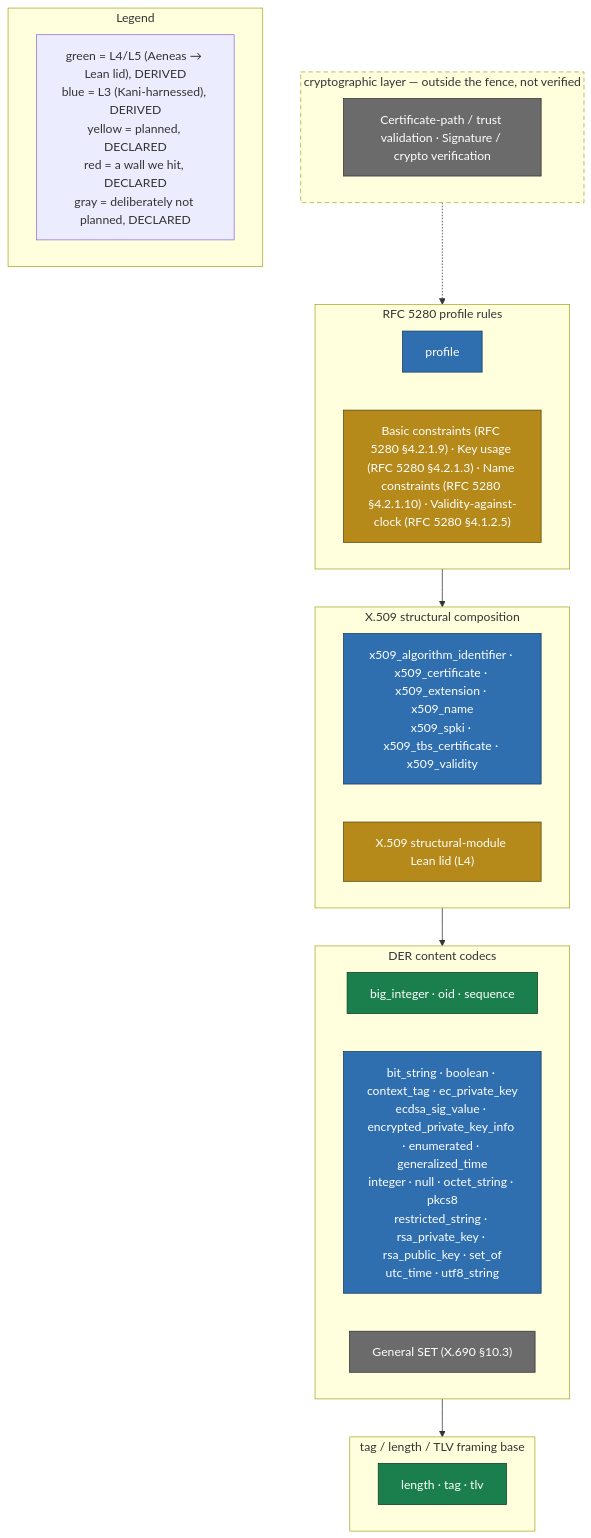
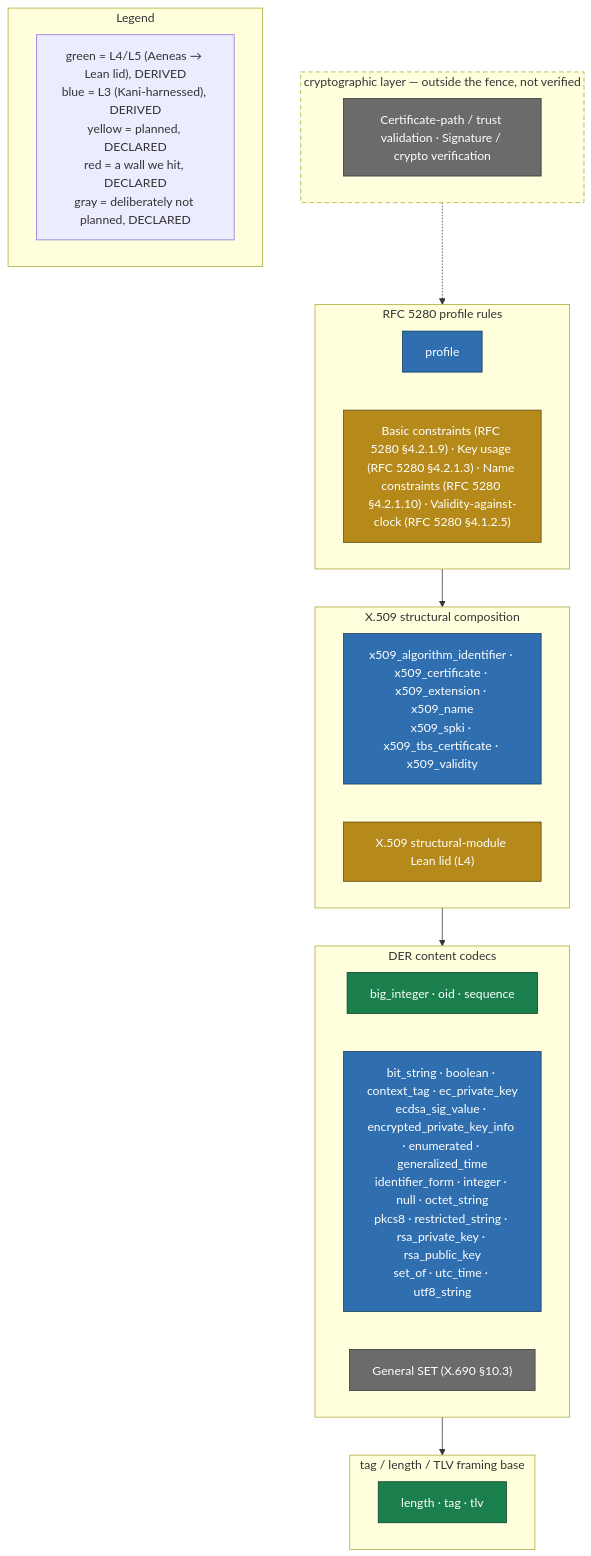
The diagram in README.md (ivmat/rs-verified-der), drawn with Mermaid before and after one commit. The commit also changed other lines of this file and 19 other files, not shown here.

````diff
--- a/README.md
+++ b/README.md
@@ -127,40 +127,40 @@
 ```mermaid
 flowchart TB
     classDef green fill:#1b7f4d,stroke:#0a3d22,color:#ffffff
     classDef blue fill:#2f6fb0,stroke:#173a5e,color:#ffffff
     classDef yellow fill:#b58a1a,stroke:#5c4610,color:#ffffff
     classDef red fill:#b3382a,stroke:#5c1a10,color:#ffffff
     classDef gray fill:#6b6b6b,stroke:#333333,color:#ffffff
 
     subgraph crypto_layer["cryptographic layer — outside the fence, not verified"]
         direction LR
         style crypto_layer stroke-dasharray: 6 4
         crypto_gray["Certificate-path / trust validation · Signature / crypto verification"]:::gray
     end
     subgraph profile_layer["RFC 5280 profile rules"]
         direction LR
         profile_blue["profile"]:::blue
         profile_yellow["Basic constraints (RFC 5280 §4.2.1.9) · Key usage (RFC 5280 §4.2.1.3) · Name constraints (RFC 5280 §4.2.1.10) · Validity-against-clock (RFC 5280 §4.1.2.5)"]:::yellow
     end
     subgraph structural_layer["X.509 structural composition"]
         direction LR
         structural_blue["x509_algorithm_identifier · x509_certificate · x509_extension · x509_name<br/>x509_spki · x509_tbs_certificate · x509_validity"]:::blue
         structural_yellow["X.509 structural-module Lean lid (L4)"]:::yellow
     end
     subgraph codecs_layer["DER content codecs"]
         direction LR
         codecs_green["big_integer · oid · sequence"]:::green
-        codecs_blue["bit_string · boolean · context_tag · ec_private_key<br/>ecdsa_sig_value · encrypted_private_key_info · enumerated · generalized_time<br/>integer · null · octet_string · pkcs8<br/>restricted_string · rsa_private_key · rsa_public_key · set_of<br/>utc_time · utf8_string"]:::blue
+        codecs_blue["bit_string · boolean · context_tag · ec_private_key<br/>ecdsa_sig_value · encrypted_private_key_info · enumerated · generalized_time<br/>identifier_form · integer · null · octet_string<br/>pkcs8 · restricted_string · rsa_private_key · rsa_public_key<br/>set_of · utc_time · utf8_string"]:::blue
         codecs_gray["General SET (X.690 §10.3)"]:::gray
     end
     subgraph framing_layer["tag / length / TLV framing base"]
         direction LR
         framing_green["length · tag · tlv"]:::green
     end
 
     crypto_layer -.-> profile_layer --> structural_layer --> codecs_layer --> framing_layer
 
     subgraph legend["Legend"]
         legend_all["green = L4/L5 (Aeneas → Lean lid), DERIVED<br/>blue = L3 (Kani-harnessed), DERIVED<br/>yellow = planned, DECLARED<br/>red = a wall we hit, DECLARED<br/>gray = deliberately not planned, DECLARED"]
     end
 ```
````
